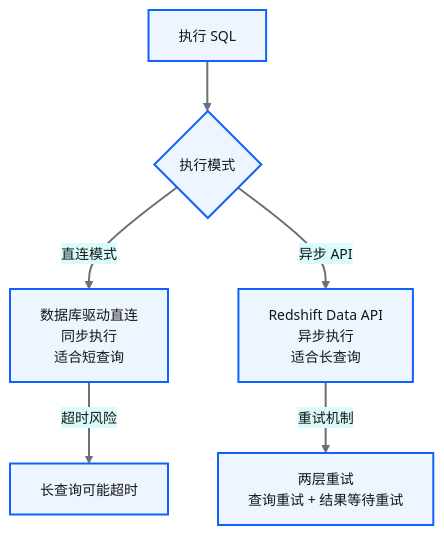
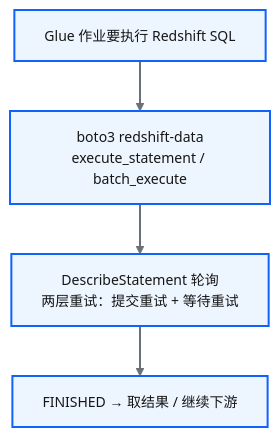
The eighth of 8 diagrams in docs/32-跨账号批量同步-双桶桥接架构.md (zhiweio/from-data-to-intelligence), drawn with Mermaid before and after one commit. The commit also changed other lines of this file and 69 other files, not shown here.

````diff
--- a/docs/32-跨账号批量同步-双桶桥接架构.md
+++ b/docs/32-跨账号批量同步-双桶桥接架构.md
@@ -250,13 +266,10 @@
 ```mermaid
 %%{init: {'theme':'base','themeVariables':{'primaryColor':'#edf5ff','primaryTextColor':'#161616','primaryBorderColor':'#0f62fe','lineColor':'#697077','secondaryColor':'#d9fbfb','tertiaryColor':'#f2f4f8','fontSize':'14px'}}}%%
 flowchart TB
- SQL[执行 SQL] --> MODE{执行模式}
- MODE -->|直连模式|DIRECT[数据库驱动直连<br/>同步执行<br/>适合短查询]
- MODE -->|异步 API|API[Redshift Data API<br/>异步执行<br/>适合长查询]
-
- DIRECT -->|超时风险|WARN[长查询可能超时]
- API -->|重试机制|RETRY[两层重试<br/>查询重试 + 结果等待重试]
+ SQL[Glue 作业要执行 Redshift SQL] --> API[boto3 redshift-data<br/>execute_statement / batch_execute]
+ API --> WAIT[DescribeStatement 轮询<br/>两层重试：提交重试 + 等待重试]
+ WAIT --> DONE[FINISHED → 取结果 / 继续下游]
 classDef bpProcess fill:#edf5ff,stroke:#0f62fe,stroke-width:2px,color:#161616
-class API,DIRECT,Data,MODE,RETRY,SQL,WARN bpProcess
+class API,DONE,SQL,WAIT bpProcess
 linkStyle default stroke:#697077,stroke-width:2px
 ```
````
